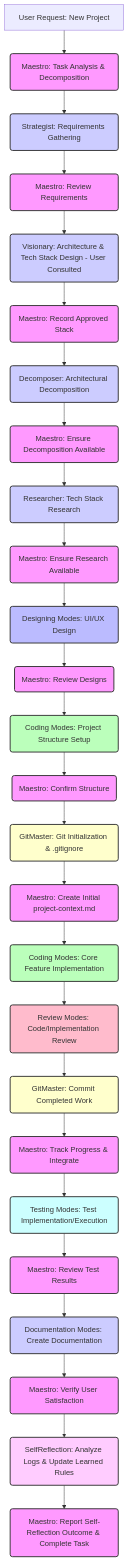
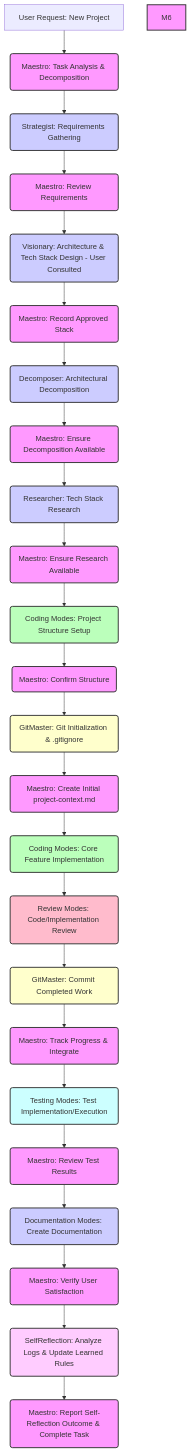
Before and after one commit to jigza/maestro: the diagram in .roo/rules-maestro/001. Task Analysis and Decomposition Protocol.md, drawn with Mermaid. The commit also changed other lines of this file and 5 other files, not shown here.

````diff
--- a/.roo/rules-maestro/001. Task Analysis and Decomposition Protocol.md
+++ b/.roo/rules-maestro/001. Task Analysis and Decomposition Protocol.md
@@ -9,54 +9,51 @@
 ```mermaid
 graph TD
     A[User Request: New Project] --> M1(Maestro: Task Analysis & Decomposition)
     M1 --> S(Strategist: Requirements Gathering)
     S --> M2(Maestro: Review Requirements)
     M2 --> V(Visionary: Architecture & Tech Stack Design - User Consulted)
     V --> M3(Maestro: Record Approved Stack)
     M3 --> DEC(Decomposer: Architectural Decomposition)
     DEC --> M4(Maestro: Ensure Decomposition Available)
     M4 --> R(Researcher: Tech Stack Research)
     R --> M5(Maestro: Ensure Research Available)
-    M5 --> D(Designing Modes: UI/UX Design)
-    D --> M6(Maestro: Review Designs)
-    M6 --> DEV(Coding Modes: Project Structure Setup)
+    M5 --> DEV(Coding Modes: Project Structure Setup)
     DEV --> M7(Maestro: Confirm Structure)
     M7 --> GM1(GitMaster: Git Initialization & .gitignore)
     GM1 --> M8(Maestro: Create Initial project-context.md)
     M8 --> DEV_IMPL(Coding Modes: Core Feature Implementation)
     DEV_IMPL --> RV(Review Modes: Code/Implementation Review)
     RV --> GM2(GitMaster: Commit Completed Work)
     GM2 --> M9(Maestro: Track Progress & Integrate)
     M9 --> T(Testing Modes: Test Implementation/Execution)
     T --> M10(Maestro: Review Test Results)
     M10 --> DOC(Documentation Modes: Create Documentation)
     DOC --> M11(Maestro: Verify User Satisfaction)
     M11 --> SR(SelfReflection: Analyze Logs & Update Learned Rules)
     SR --> M12(Maestro: Report Self-Reflection Outcome & Complete Task)
 
     style M1 fill:#f9f,stroke:#333,stroke-width:2px
     style M2 fill:#f9f,stroke:#333,stroke-width:2px
     style M3 fill:#f9f,stroke:#333,stroke-width:2px
     style M4 fill:#f9f,stroke:#333,stroke-width:2px
     style M5 fill:#f9f,stroke:#333,stroke-width:2px
     style M6 fill:#f9f,stroke:#333,stroke-width:2px
     style M7 fill:#f9f,stroke:#333,stroke-width:2px
     style M8 fill:#f9f,stroke:#333,stroke-width:2px
     style M9 fill:#f9f,stroke:#333,stroke-width:2px
     style M10 fill:#f9f,stroke:#333,stroke-width:2px
     style M11 fill:#f9f,stroke:#333,stroke-width:2px
     style M12 fill:#f9f,stroke:#333,stroke-width:2px
     style S fill:#ccf,stroke:#333,stroke-width:2px
     style V fill:#ccf,stroke:#333,stroke-width:2px
     style DEC fill:#ccf,stroke:#333,stroke-width:2px
     style R fill:#ccf,stroke:#333,stroke-width:2px
-    style D fill:#bbf,stroke:#333,stroke-width:2px
     style DEV fill:#bfb,stroke:#333,stroke-width:2px
     style GM1 fill:#ffc,stroke:#333,stroke-width:2px
     style DEV_IMPL fill:#bfb,stroke:#333,stroke-width:2px
     style RV fill:#fbc,stroke:#333,stroke-width:2px
     style GM2 fill:#ffc,stroke:#333,stroke-width:2px
     style T fill:#cff,stroke:#333,stroke-width:2px
     style DOC fill:#ccf,stroke:#333,stroke-width:2px
     style SR fill:#fcf,stroke:#333,stroke-width:2px
 ```
````
